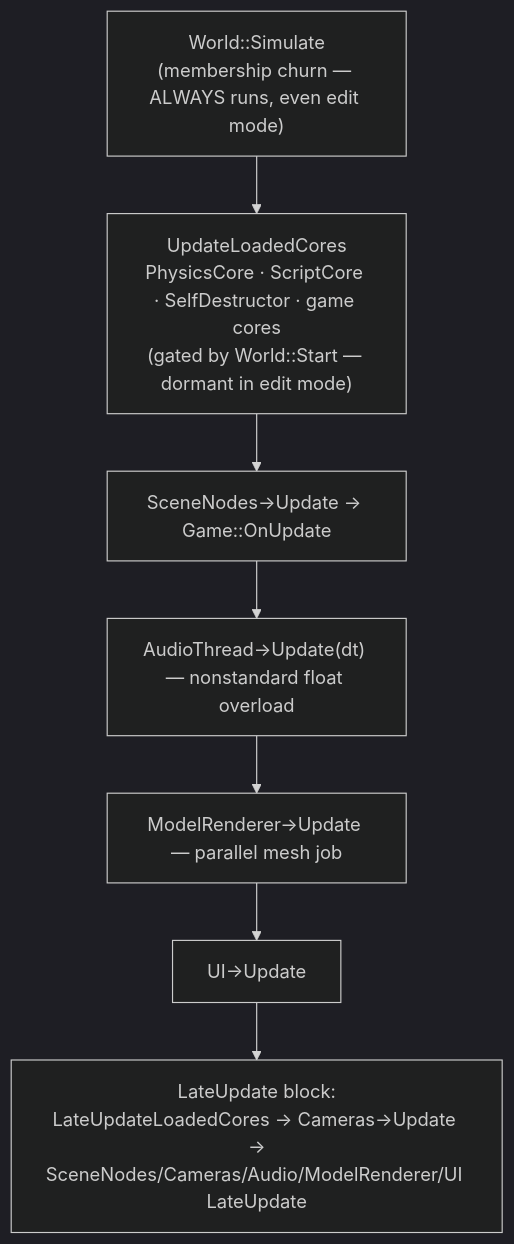
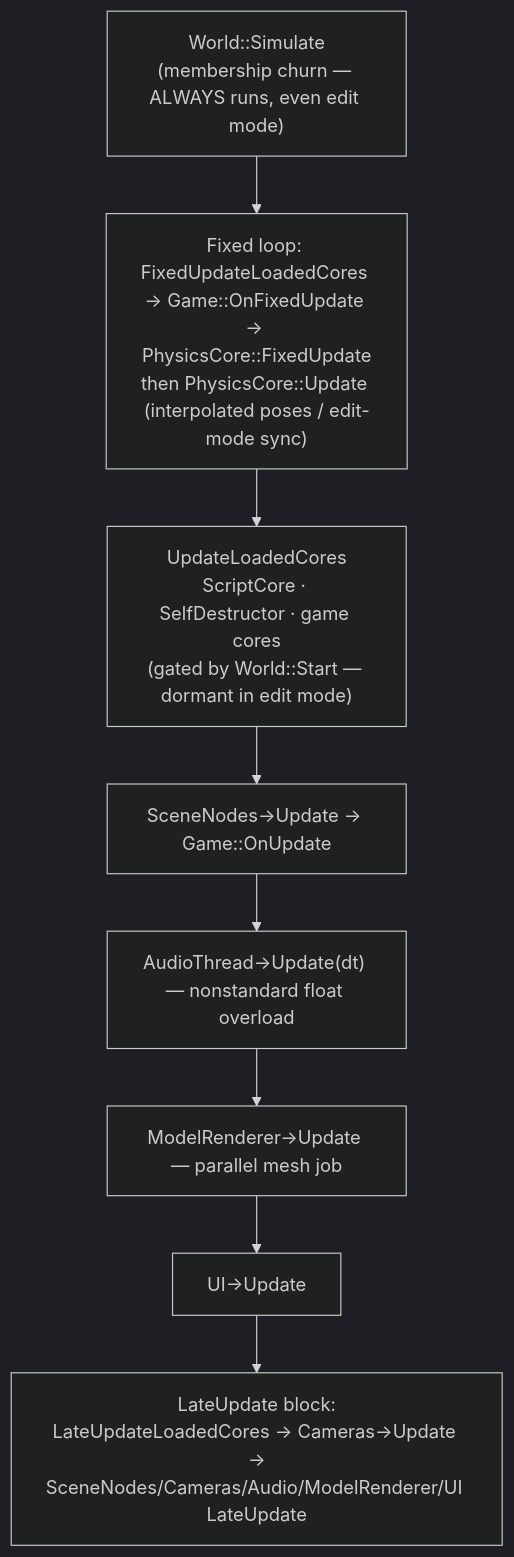
The diagram in Docs/Cores-and-Components-Reference.md (wobbier/MitchEngine), drawn with Mermaid (dark theme) before and after one commit. The commit also changed other lines of this file and 7 other files, not shown here.

First line of the commit message:
📚 Physics docs for the Box3D core

````diff
--- a/Docs/Cores-and-Components-Reference.md
+++ b/Docs/Cores-and-Components-Reference.md
@@ -29,9 +29,10 @@
 ```mermaid
 flowchart TD
-    A["World::Simulate<br/>(membership churn — ALWAYS runs, even edit mode)"] --> B["UpdateLoadedCores<br/>PhysicsCore · ScriptCore · SelfDestructor · game cores<br/>(gated by World::Start — dormant in edit mode)"]
+    A["World::Simulate<br/>(membership churn — ALWAYS runs, even edit mode)"] --> P["Fixed loop: FixedUpdateLoadedCores → Game::OnFixedUpdate → PhysicsCore::FixedUpdate<br/>then PhysicsCore::Update (interpolated poses / edit-mode sync)"]
+    P --> B["UpdateLoadedCores<br/>ScriptCore · SelfDestructor · game cores<br/>(gated by World::Start — dormant in edit mode)"]
     B --> C["SceneNodes->Update → Game::OnUpdate"]
     C --> D["AudioThread->Update(dt) — nonstandard float overload"]
     D --> E["ModelRenderer->Update — parallel mesh job"]
     E --> F["UI->Update"]
     F --> G["LateUpdate block:<br/>LateUpdateLoadedCores → Cameras->Update →<br/>SceneNodes/Cameras/Audio/ModelRenderer/UI LateUpdate"]
 ```
````
